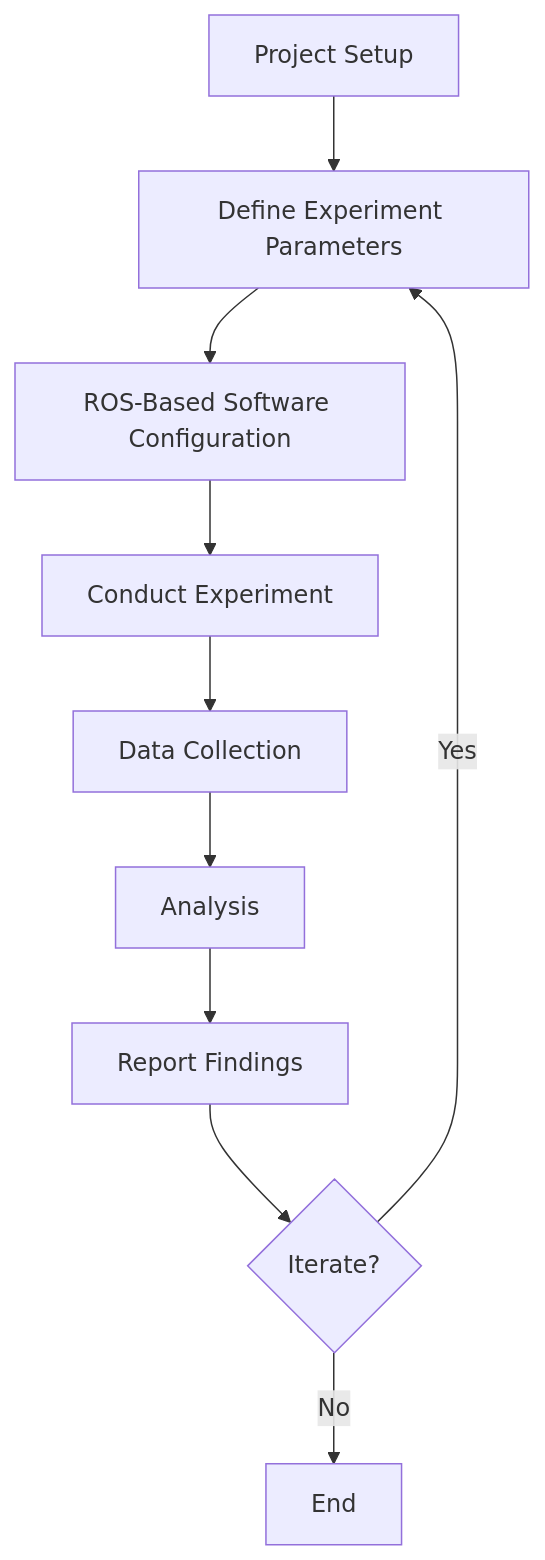
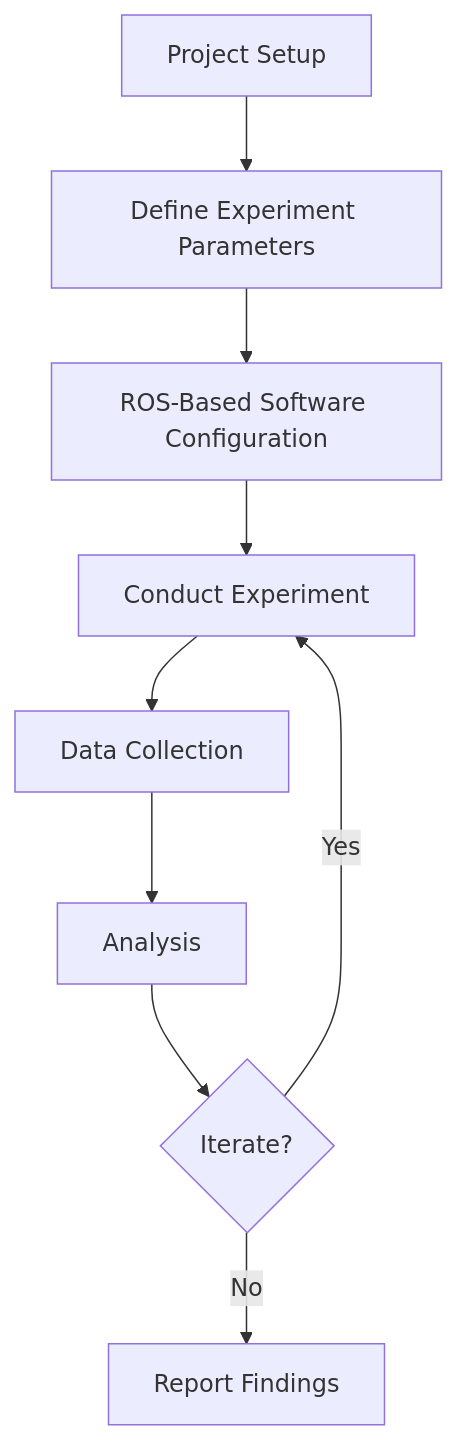
The diagram in docs/index.md (RAS598-2025-S-Team04-v1/RAS598-2025-S-Team04), drawn with Mermaid before and after one commit. The commit also changed other lines of this file, not shown here.

Commit message:
chartupd_1

````diff
--- a/docs/index.md
+++ b/docs/index.md
@@ -38,12 +38,11 @@
 ``` mermaid
 graph TD
     A[Project Setup] --> B[Define Experiment Parameters]
     B --> C[ROS-Based Software Configuration]
     C --> D[Conduct Experiment]
     D --> E[Data Collection]
     E --> F[Analysis]
-    F --> G[Report Findings]
-    G --> H{Iterate?}
-    H -->|Yes| B
-    H -->|No| I[End]
+    F --> G{Iterate?}
+    G -->|Yes| D
+    G -->|No| H[Report Findings]
 ```
````
